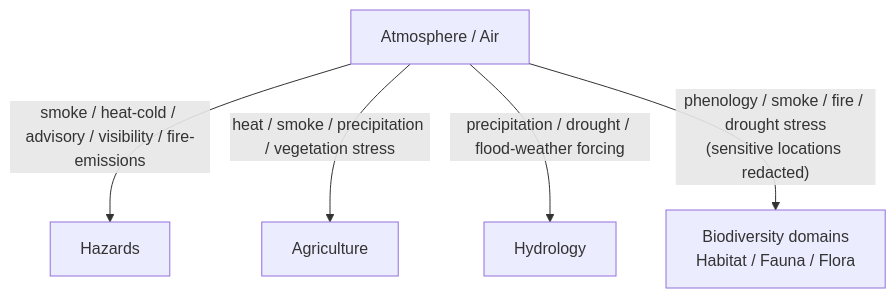
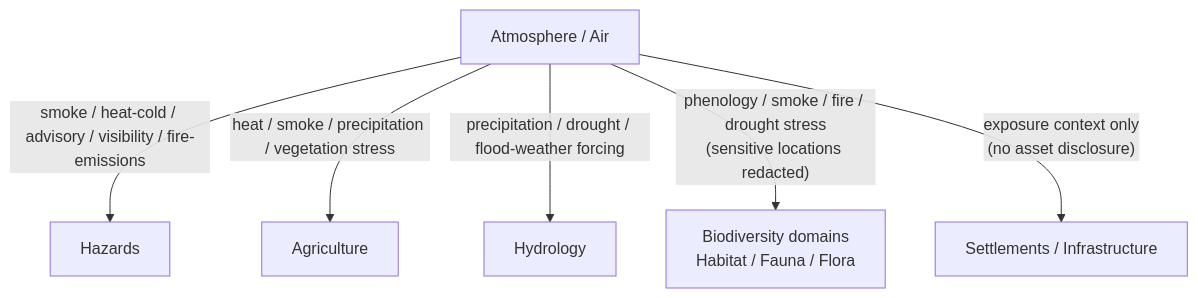
One commit to bartytime4life/Kansas-Frontier-Matrix changed the second of 2 diagrams in docs/domains/atmosphere/EXPANSION_BACKLOG.md. Above: the diagram before and after it, drawn with Mermaid. The commit also changed other lines of this file, not shown here.

````diff
--- a/docs/domains/atmosphere/EXPANSION_BACKLOG.md
+++ b/docs/domains/atmosphere/EXPANSION_BACKLOG.md
@@ -358,12 +377,14 @@
 ```mermaid
 flowchart TB
     AIR[Atmosphere / Air]
     HAZ[Hazards]
     AG[Agriculture]
     HYD[Hydrology]
     BIO[Biodiversity domains<br/>Habitat / Fauna / Flora]
+    SET[Settlements / Infrastructure]
     AIR -- smoke / heat-cold / advisory / visibility / fire-emissions --> HAZ
     AIR -- heat / smoke / precipitation / vegetation stress --> AG
     AIR -- precipitation / drought / flood-weather forcing --> HYD
     AIR -- phenology / smoke / fire / drought stress<br/>(sensitive locations redacted) --> BIO
+    AIR -- exposure context only<br/>(no asset disclosure) --> SET
 ```
````
